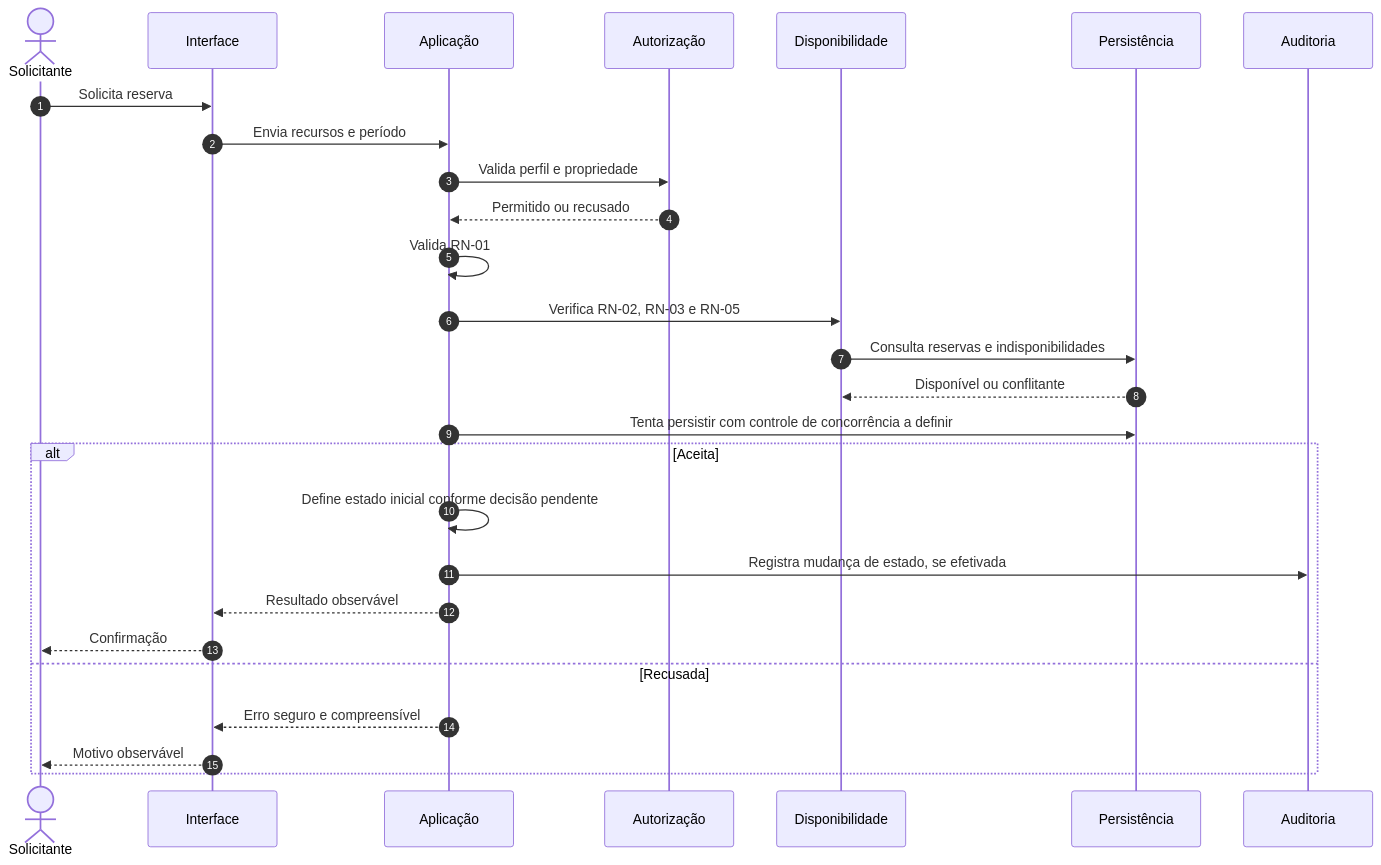
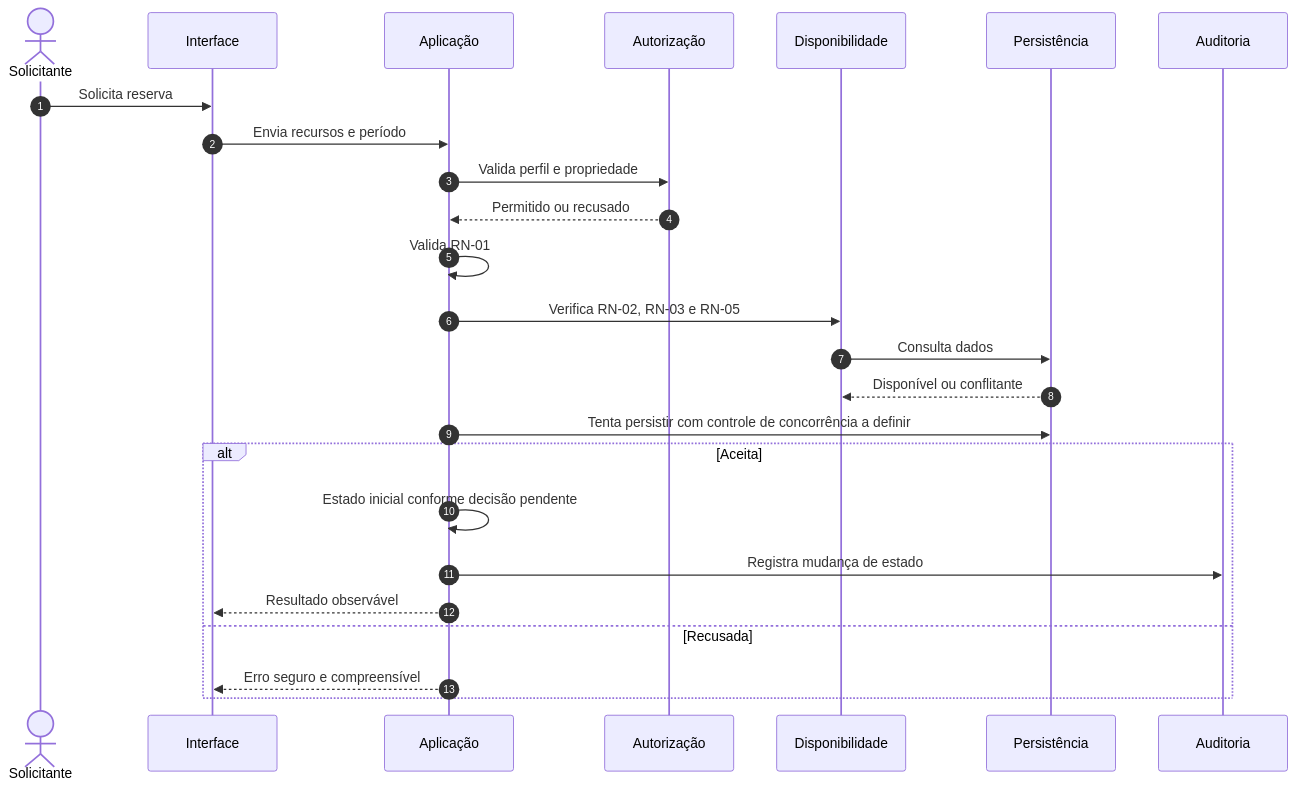
Before and after one commit to Jefferson-Silva-Geronimo/jefferson.geronimo-Foot-Fanatics: the fifth of 6 diagrams in docs/arquitetura.md, drawn with Mermaid. The commit also changed other lines of this file and 2 other files, not shown here.

````diff
--- a/docs/arquitetura.md
+++ b/docs/arquitetura.md
@@ -499,31 +369,27 @@
 ```mermaid
 sequenceDiagram
   autonumber
   actor S as Solicitante
   participant UI as Interface
   participant APP as Aplicação
   participant AUTH as Autorização
   participant DISP as Disponibilidade
   participant DB as Persistência
   participant AUD as Auditoria
-
   S->>UI: Solicita reserva
   UI->>APP: Envia recursos e período
   APP->>AUTH: Valida perfil e propriedade
   AUTH-->>APP: Permitido ou recusado
   APP->>APP: Valida RN-01
   APP->>DISP: Verifica RN-02, RN-03 e RN-05
-  DISP->>DB: Consulta reservas e indisponibilidades
+  DISP->>DB: Consulta dados
   DB-->>DISP: Disponível ou conflitante
   APP->>DB: Tenta persistir com controle de concorrência a definir
-
   alt Aceita
-    APP->>APP: Define estado inicial conforme decisão pendente
-    APP->>AUD: Registra mudança de estado, se efetivada
+    APP->>APP: Estado inicial conforme decisão pendente
+    APP->>AUD: Registra mudança de estado
     APP-->>UI: Resultado observável
-    UI-->>S: Confirmação
   else Recusada
     APP-->>UI: Erro seguro e compreensível
-    UI-->>S: Motivo observável
   end
 ```
````
